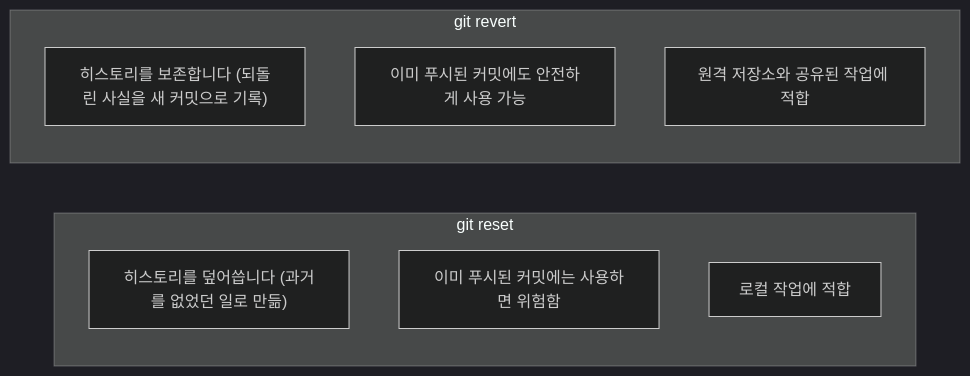
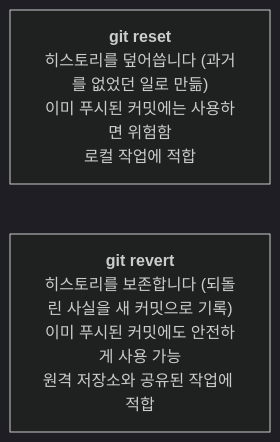
Before and after one commit to jingu279/Document: the third of 6 diagrams in 03_Undoing_Changes/01_Git_Reset_Revert.md, drawn with Mermaid (dark theme). The commit also changed other lines of this file and 16 other files, not shown here.

Commit message:
Fix all Mermaid rendering issues (subgraph-to-subgraph, unconnected nodes, reserved names, dashes)

````diff
--- a/03_Undoing_Changes/01_Git_Reset_Revert.md
+++ b/03_Undoing_Changes/01_Git_Reset_Revert.md
@@ -27,15 +27,5 @@
 ```mermaid
 flowchart LR
-  subgraph Reset[git reset]
-    direction TB
-      R1["히스토리를 덮어씁니다 (과거를 없었던 일로 만듦)"]
-      R2["이미 푸시된 커밋에는 사용하면 위험함"]
-      R3["로컬 작업에 적합"]
-  end
-  subgraph Revert[git revert]
-    direction TB
-      V1["히스토리를 보존합니다 (되돌린 사실을 새 커밋으로 기록)"]
-      V2["이미 푸시된 커밋에도 안전하게 사용 가능"]
-      V3["원격 저장소와 공유된 작업에 적합"]
-  end
+  Reset["<b>git reset</b><br/>히스토리를 덮어씁니다 (과거를 없었던 일로 만듦)<br/>이미 푸시된 커밋에는 사용하면 위험함<br/>로컬 작업에 적합"]
+  Revert["<b>git revert</b><br/>히스토리를 보존합니다 (되돌린 사실을 새 커밋으로 기록)<br/>이미 푸시된 커밋에도 안전하게 사용 가능<br/>원격 저장소와 공유된 작업에 적합"]
 ```
````
